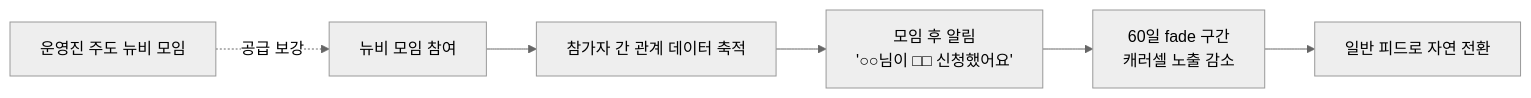
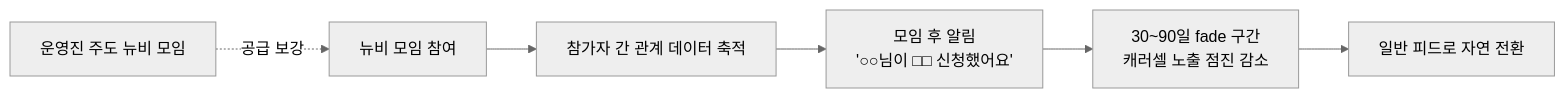
The third of 3 diagrams in week-4/kimjisub.md (sipe-team/5-1_sipe_product_engineering_lab), drawn with Mermaid (neutral theme) before and after one commit. The commit also changed other lines of this file, not shown here.

````diff
--- a/week-4/kimjisub.md
+++ b/week-4/kimjisub.md
@@ -311,9 +382,9 @@
 ```mermaid
 flowchart LR
     A["뉴비 모임 참여"] --> B["참가자 간 관계 데이터 축적"]
     B --> C["모임 후 알림<br/>'○○님이 □□ 신청했어요'"]
-    C --> D["60일 fade 구간<br/>캐러셀 노출 감소"]
+    C --> D["30~90일 fade 구간<br/>캐러셀 노출 점진 감소"]
     D --> E["일반 피드로 자연 전환"]
 
     F["운영진 주도 뉴비 모임"] -.공급 보강.-> A
 ```
````
